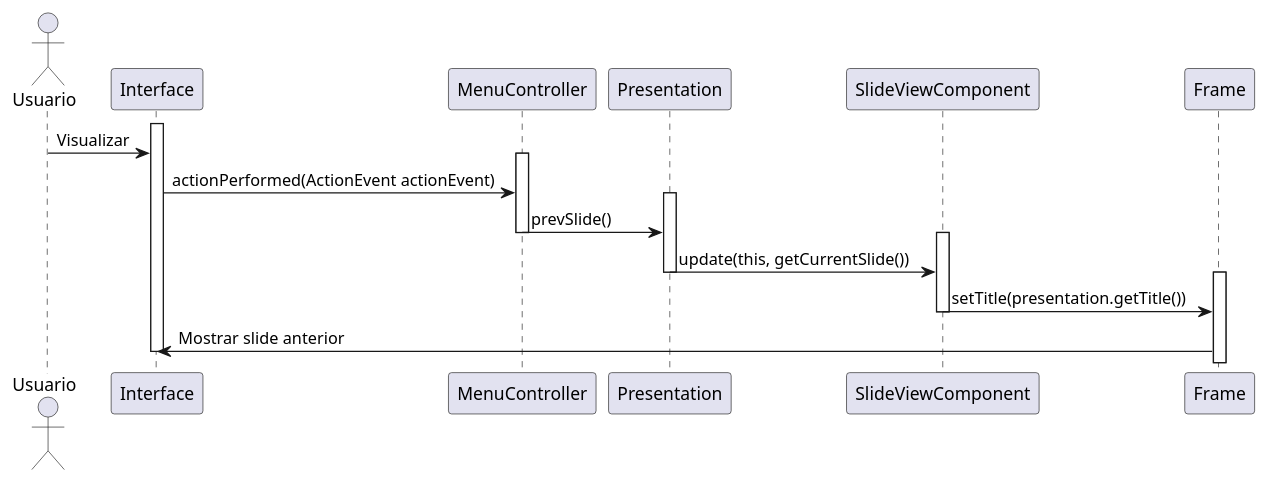
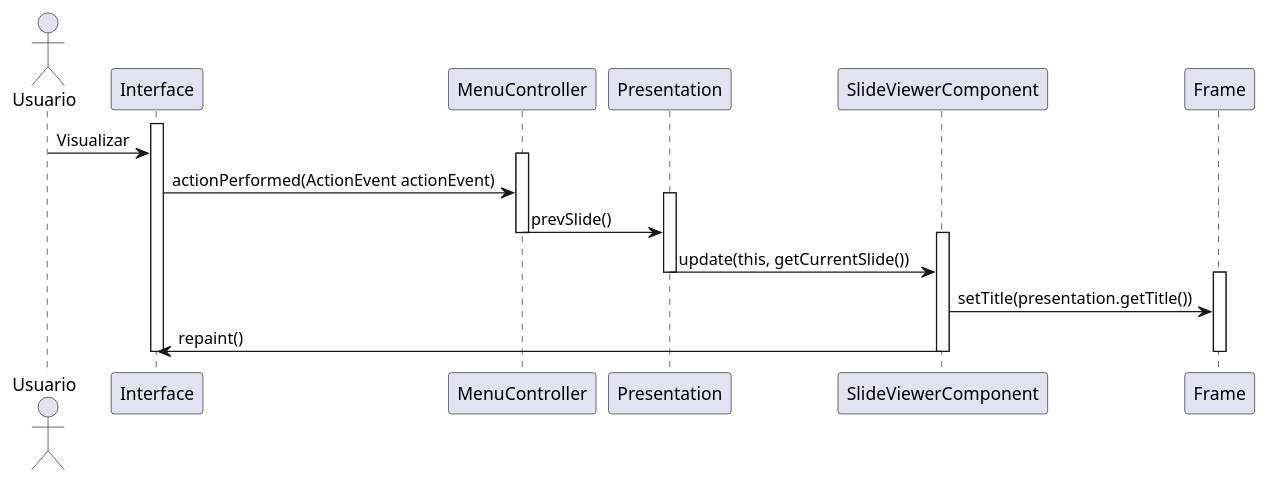
One commit to gabrielrtlima/diagramas-padroes-projeto changed the diagram in sequencias/anteriorItem.puml. Above: the diagram before and after it, drawn with PlantUML. The commit also changed 3 other files, not shown here.

Commit message:
adicionando pular item e reformulando diagramas

```diff
--- a/sequencias/anteriorItem.puml
+++ b/sequencias/anteriorItem.puml
@@ -1,26 +1,26 @@
 @startuml
 
 Actor Usuario as Usuario
 
 Activate Interface
 Usuario -> Interface : Visualizar
 
 Activate MenuController
 Interface -> MenuController : actionPerformed(ActionEvent actionEvent)
 
 Activate Presentation
 MenuController -> Presentation : prevSlide()
 Deactivate MenuController
 
-Activate SlideViewComponent
-Presentation -> SlideViewComponent : update(this, getCurrentSlide())
+Activate SlideViewerComponent
+Presentation -> SlideViewerComponent : update(this, getCurrentSlide())
 Deactivate Presentation
 
 Activate Frame
-SlideViewComponent -> Frame : setTitle(presentation.getTitle())
-Deactivate SlideViewComponent
-Frame -> Interface : Mostrar slide anterior
+SlideViewerComponent -> Frame : setTitle(presentation.getTitle())
+SlideViewerComponent -> Interface : repaint()
+Deactivate Frame
+Deactivate SlideViewerComponent
 Deactivate Interface
 
-
 @enduml
```
